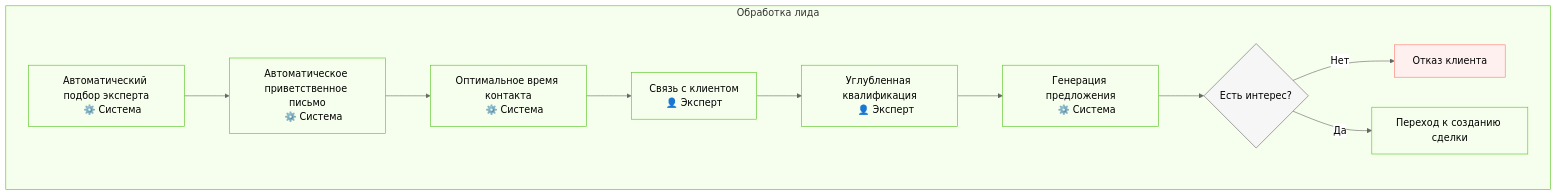
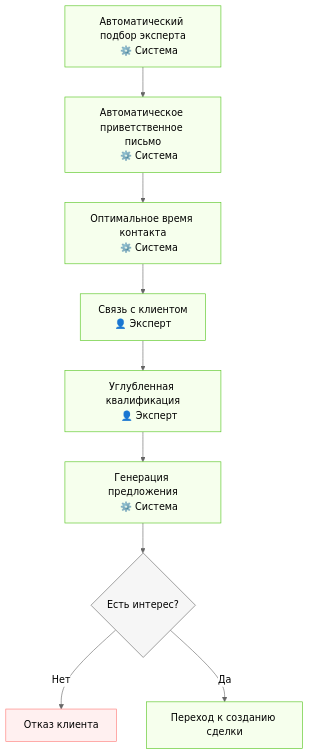
The fourth of 5 diagrams in README.md (electronic777/Trust-PF-Docs), drawn with Mermaid before and after one commit. The commit also changed other lines of this file, not shown here.

````diff
--- a/README.md
+++ b/README.md
@@ -423,61 +437,57 @@
 ```mermaid
 %%{init: {
   'theme': 'neutral',
   'themeVariables': {
     'primaryColor': '#f4f4f4',
     'primaryTextColor': '#333',
     'primaryBorderColor': '#ddd',
     'lineColor': '#666',
     'secondaryColor': '#f0f7ff',
     'tertiaryColor': '#fff'
   }
 }}%%
 flowchart TD
- subgraph processing["Обработка лида"]
     expertAssignment["Автоматический подбор эксперта
     ⚙️ Система"]
     
     welcomeMessage["Автоматическое приветственное письмо
     ⚙️ Система"]
     
     scheduleContact["Оптимальное время контакта
     ⚙️ Система"]
     
     expertContact["Связь с клиентом
     👤 Эксперт"]
     
     deepQualification["Углубленная квалификация
     👤 Эксперт"]
     
     proposalGeneration["Генерация предложения
     ⚙️ Система"]
     
     clientFeedback{"Есть интерес?"}
     
     rejection["Отказ клиента"]
     
+    dealFlow["Переход к созданию сделки"]
+    
     expertAssignment --> welcomeMessage
     welcomeMessage --> scheduleContact
     scheduleContact --> expertContact
     expertContact --> deepQualification
     deepQualification --> proposalGeneration
     proposalGeneration --> clientFeedback
     clientFeedback -- "Нет" --> rejection
     clientFeedback -- "Да" --> dealFlow
-    dealFlow["Переход к созданию сделки"]
- end
  
- %% Стили для блоков
- style processing fill:#f6ffed,stroke:#52c41a,stroke-width:1px
- 
- %% Стили для элементов
- style expertAssignment fill:#f6ffed,stroke:#52c41a,stroke-width:1px
- style welcomeMessage fill:#f6ffed,stroke:#52c41a,stroke-width:1px
- style scheduleContact fill:#f6ffed,stroke:#52c41a,stroke-width:1px
- style expertContact fill:#f6ffed,stroke:#52c41a,stroke-width:1px
- style deepQualification fill:#f6ffed,stroke:#52c41a,stroke-width:1px
- style proposalGeneration fill:#f6ffed,stroke:#52c41a,stroke-width:1px
- style clientFeedback fill:#f6f6f6,stroke:#666,stroke-width:1px
- style rejection fill:#fff0f0,stroke:#ff7875,stroke-width:1px
- style dealFlow fill:#f6ffed,stroke:#52c41a,stroke-width:1px
+    %% Стили для элементов
+    style expertAssignment fill:#f6ffed,stroke:#52c41a,stroke-width:1px
+    style welcomeMessage fill:#f6ffed,stroke:#52c41a,stroke-width:1px
+    style scheduleContact fill:#f6ffed,stroke:#52c41a,stroke-width:1px
+    style expertContact fill:#f6ffed,stroke:#52c41a,stroke-width:1px
+    style deepQualification fill:#f6ffed,stroke:#52c41a,stroke-width:1px
+    style proposalGeneration fill:#f6ffed,stroke:#52c41a,stroke-width:1px
+    style clientFeedback fill:#f6f6f6,stroke:#666,stroke-width:1px
+    style rejection fill:#fff0f0,stroke:#ff7875,stroke-width:1px
+    style dealFlow fill:#f6ffed,stroke:#52c41a,stroke-width:1px
 ```
````
